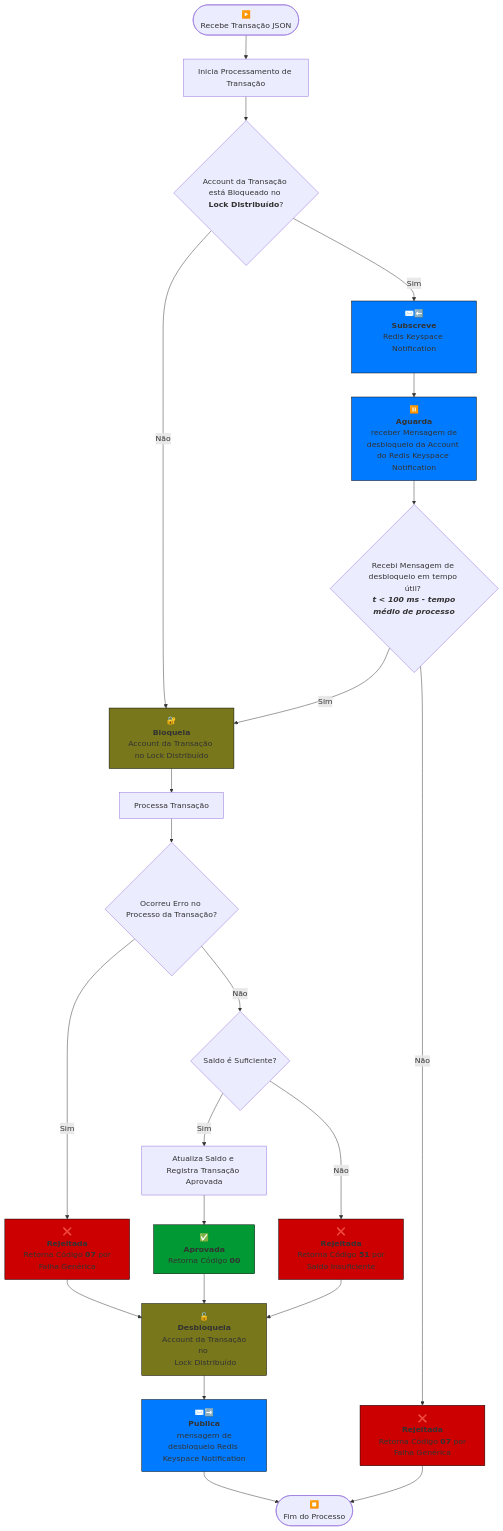
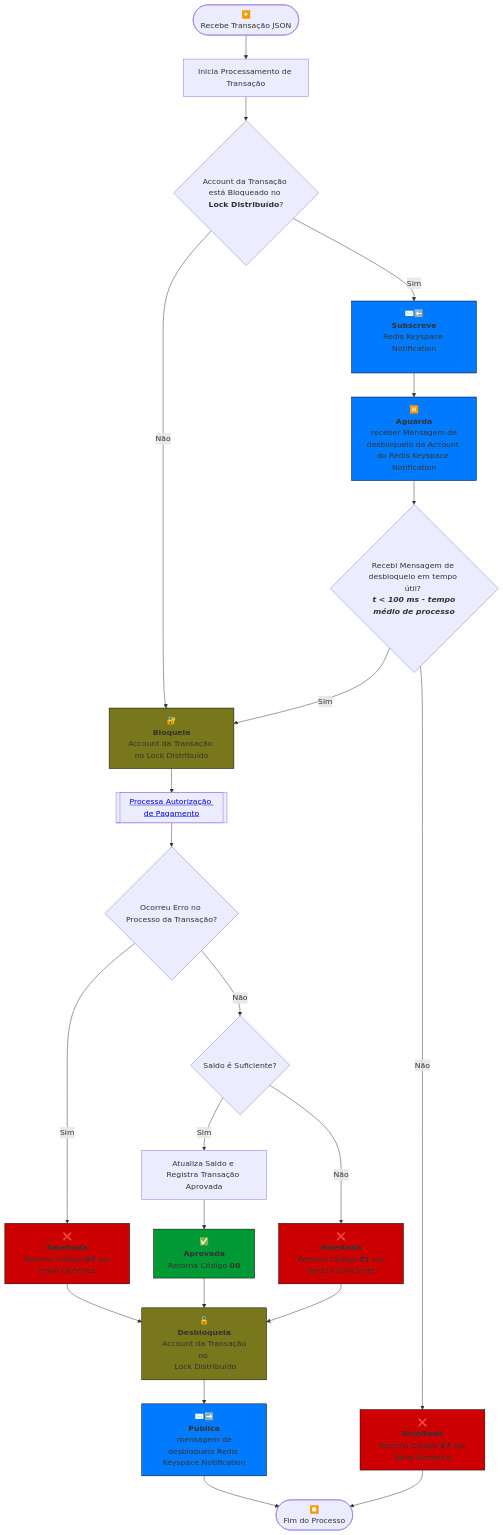
One commit to marciovmartins/jtonynet-go-payments-api changed the third of 3 diagrams in README.md. Above: the diagram before and after it, drawn with Mermaid. The commit also changed other lines of this file and 1 other file, not shown here.

````diff
--- a/README.md
+++ b/README.md
@@ -592,43 +593,43 @@
 ```mermaid
 flowchart TD
     A([▶️<br/>Recebe Transação JSON]) --> B[Inicia Processamento de Transação]
     B --> C{Account da Transação está Bloqueado no <b>Lock Distribuído</b>?}
     
     C -- Não --> D[🔐<br/><b>Bloqueia</b><br/>Account da Transação no Lock Distribuído]
-    D  --> E[Processa Transação]
+    D  --> E[[<a href='#diagrams-flowchart'>Processa Autorização de Pagamento</a>]]
 
     C -- Sim --> M[✉️⬅️<br/><b>Subscreve</b><br/>Redis Keyspace Notification<br/><br/> ]
     M --> R[⏸️<br/><b>Aguarda</b><br> receber Mensagem de desbloqueio da Account do Redis Keyspace Notification]
     R --> N{Recebi Mensagem de desbloqueio em tempo útil? <br/> <b><i>t<i> < 100 ms - tempo médio de processo</b>}
     N -- Sim --> D
     N -- Não --> O[❌<br/><b>Rejeitada</b><br/> Retorna Código <b>07</b> por Falha Genérica</b>]
 
     E --> F{Ocorreu Erro no Processo da Transação?}
     F -- Não --> G{Saldo é Suficiente?}
     F -- Sim --> K[❌<br/><b>Rejeitada</b><br/> Retorna Código <b>07</b> por Falha Genérica</b>]
     K --> J
     
     G -- Sim --> H[Atualiza Saldo e Registra Transação Aprovada]
     H --> I[✅<br/><b>Aprovada</b><br/> Retorna Código <b>00</b>]
     I --> J[🔓<br/><b>Desbloqueia</b><br/> Account da Transação no <br> Lock Distribuído]
 
     G -- Não --> L[❌<br/><b>Rejeitada</b><br/> Retorna Código <b>51</b> por Saldo Insuficiente</b>]
     L --> J
 
     J --> P[✉️➡️<br/><b>Publica</b><br/> mensagem de desbloqueio Redis Keyspace Notification]
     P --> Q([⏹️<br/>Fim do Processo])
     O --> Q
 
     style D fill:#78771b,stroke:#000
     style I fill:#009933,stroke:#000
 
     style L fill:#cc0000,stroke:#000
     style K fill:#cc0000,stroke:#000
     style O fill:#cc0000,stroke:#000
 
     style M fill:#007bff,stroke:#000
     style R fill:#007bff,stroke:#000
 
     style J fill:#78771b,stroke:#000
     style P fill:#007bff,stroke:#000
 ```
````
